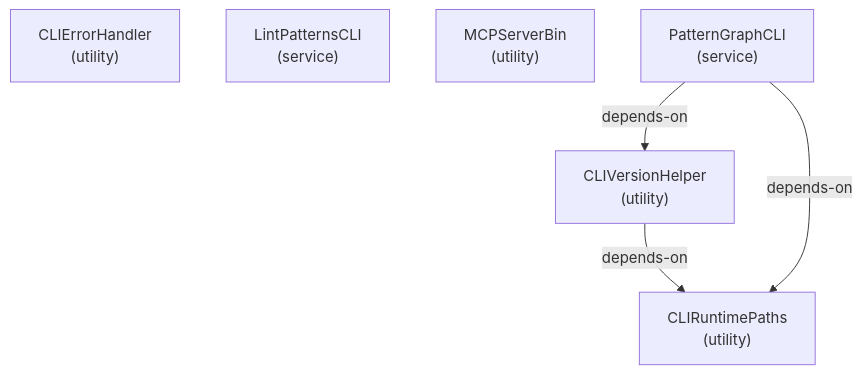
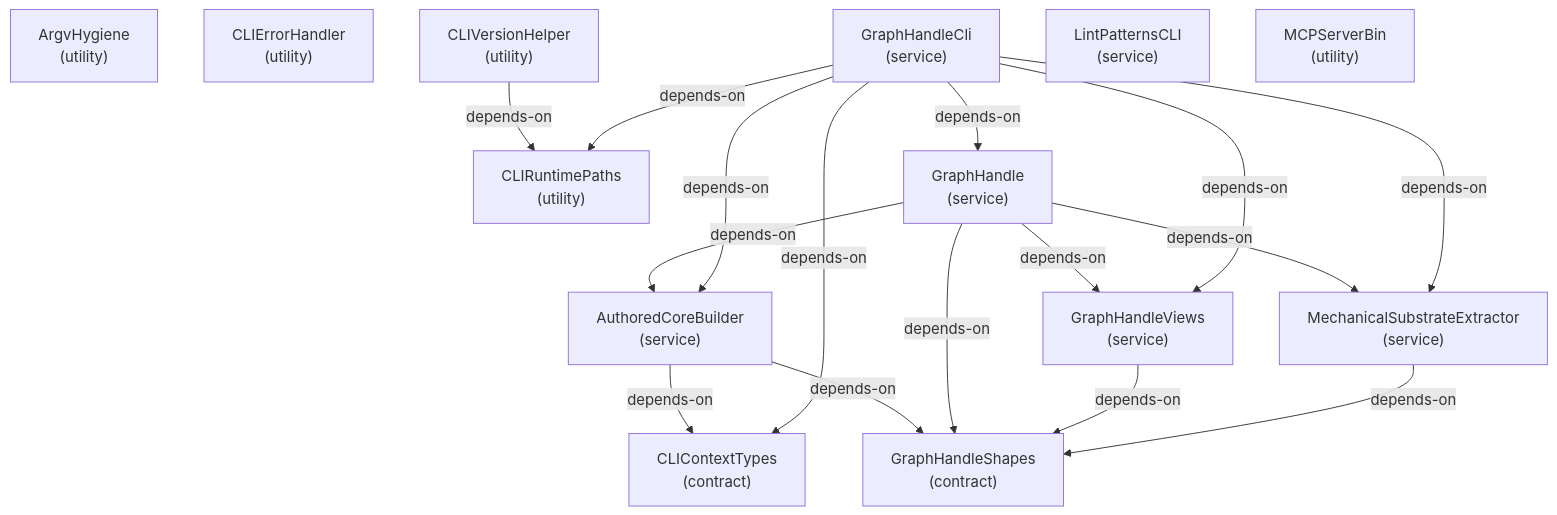
The fourth of 24 diagrams in docs-live/ARCHITECTURE.md (libar-dev/architect), drawn with Mermaid before and after one commit. The commit also changed other lines of this file and 21 other files, not shown here.

First line of the commit message:
docs(live): regenerate docs-live from the reshaped graph

````diff
--- a/docs-live/ARCHITECTURE.md
+++ b/docs-live/ARCHITECTURE.md
@@ -109,12 +149,31 @@
 ```mermaid
 graph TD
+  argvhygiene["ArgvHygiene<br/>(utility)"]
+  authoredcorebuilder["AuthoredCoreBuilder<br/>(service)"]
+  clicontexttypes["CLIContextTypes<br/>(contract)"]
   clierrorhandler["CLIErrorHandler<br/>(utility)"]
   cliruntimepaths["CLIRuntimePaths<br/>(utility)"]
   cliversionhelper["CLIVersionHelper<br/>(utility)"]
+  graphhandle["GraphHandle<br/>(service)"]
+  graphhandlecli["GraphHandleCli<br/>(service)"]
+  graphhandleshapes["GraphHandleShapes<br/>(contract)"]
+  graphhandleviews["GraphHandleViews<br/>(service)"]
   lintpatternscli["LintPatternsCLI<br/>(service)"]
   mcpserverbin["MCPServerBin<br/>(utility)"]
-  patterngraphcli["PatternGraphCLI<br/>(service)"]
+  mechanicalsubstrateextractor["MechanicalSubstrateExtractor<br/>(service)"]
+  authoredcorebuilder -->|depends-on| clicontexttypes
+  authoredcorebuilder -->|depends-on| graphhandleshapes
   cliversionhelper -->|depends-on| cliruntimepaths
-  patterngraphcli -->|depends-on| cliruntimepaths
-  patterngraphcli -->|depends-on| cliversionhelper
+  graphhandle -->|depends-on| authoredcorebuilder
+  graphhandle -->|depends-on| graphhandleshapes
+  graphhandle -->|depends-on| graphhandleviews
+  graphhandle -->|depends-on| mechanicalsubstrateextractor
+  graphhandlecli -->|depends-on| authoredcorebuilder
+  graphhandlecli -->|depends-on| clicontexttypes
+  graphhandlecli -->|depends-on| cliruntimepaths
+  graphhandlecli -->|depends-on| graphhandle
+  graphhandlecli -->|depends-on| graphhandleviews
+  graphhandlecli -->|depends-on| mechanicalsubstrateextractor
+  graphhandleviews -->|depends-on| graphhandleshapes
+  mechanicalsubstrateextractor -->|depends-on| graphhandleshapes
 ```
````
